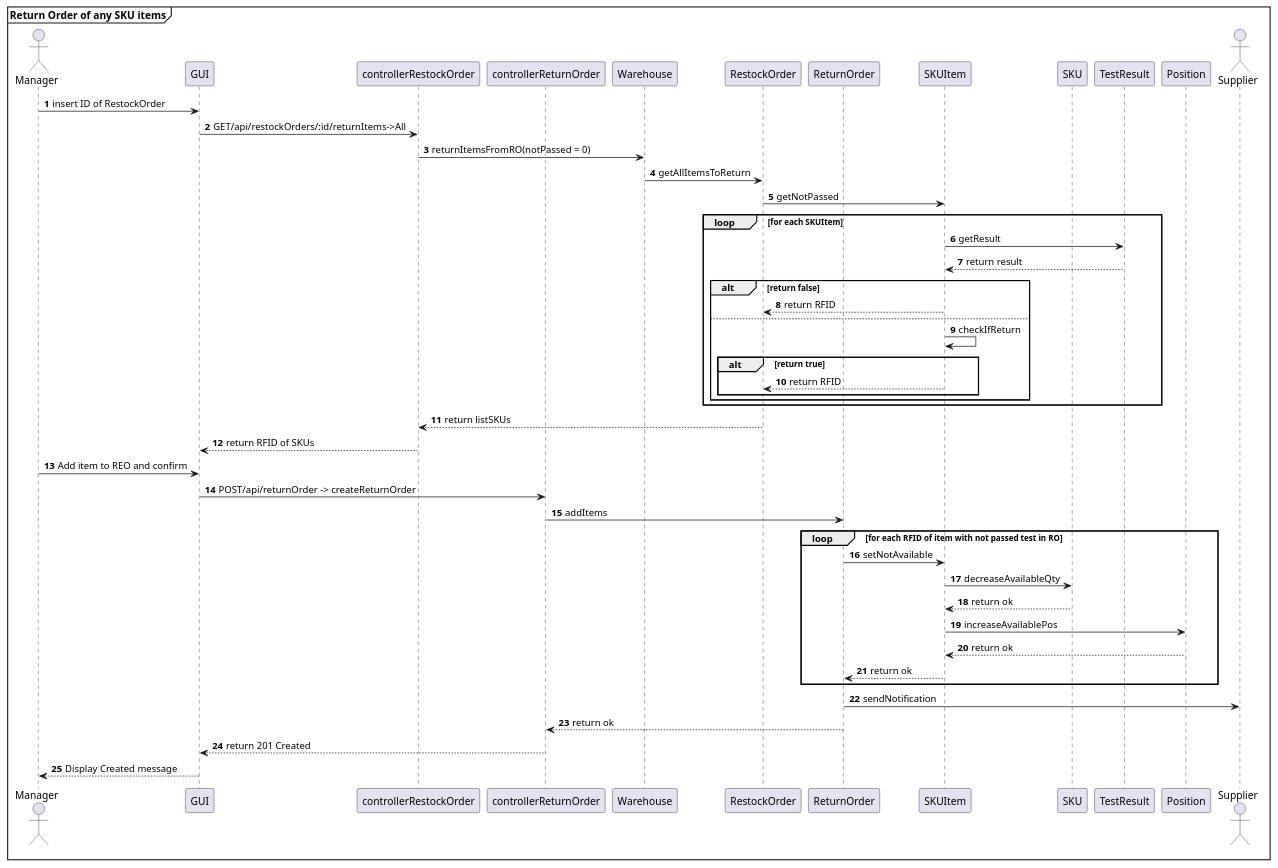
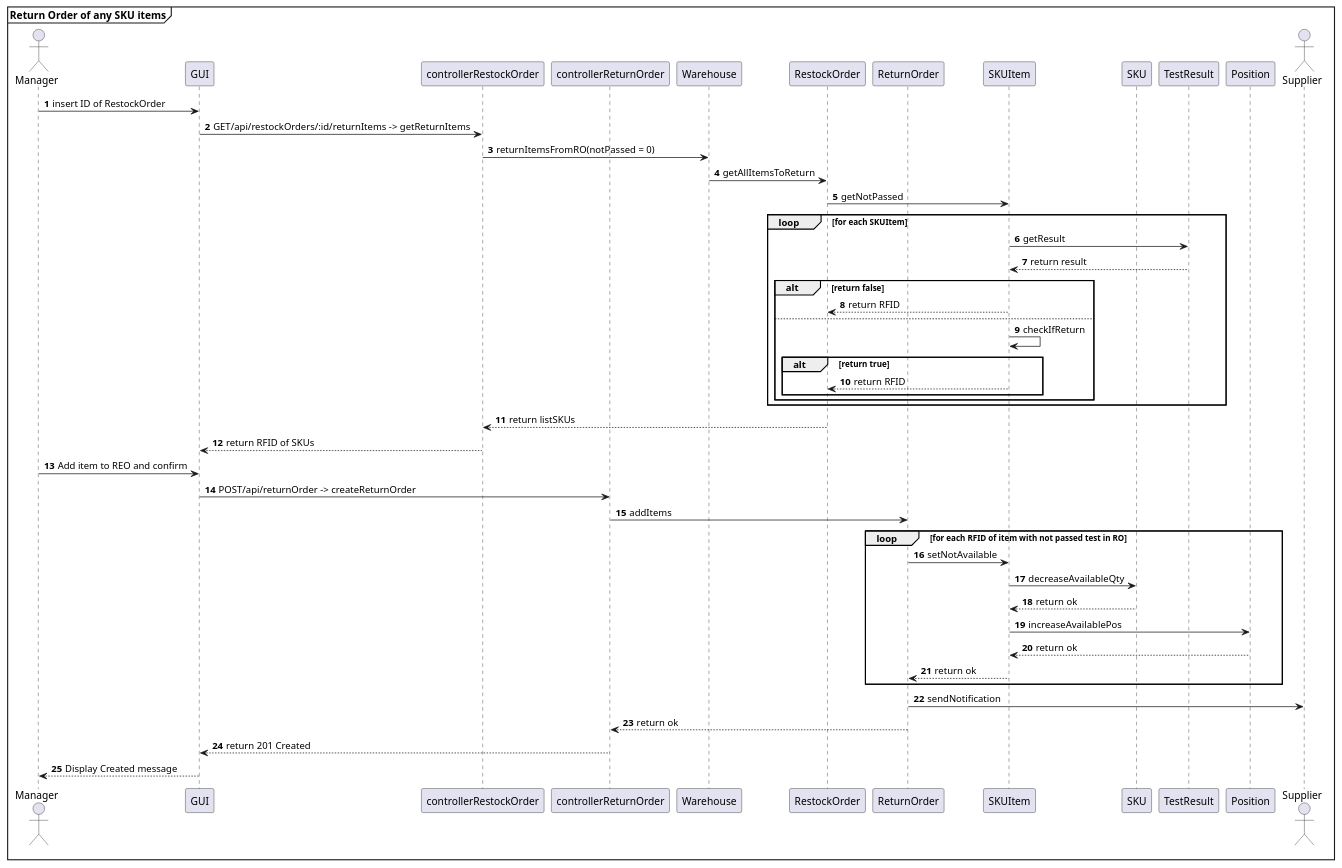
Diagram 21 of 32 in DesignDocument.md (AlexZampa/EzWh), drawn with PlantUML before and after one commit. The commit also changed other lines of this file, not shown here.

````diff
--- a/DesignDocument.md
+++ b/DesignDocument.md
@@ -1030,56 +1036,56 @@
 ```plantuml
 @startuml
 mainframe **Return Order of any SKU items**
 actor Manager 
 participant GUI
 participant controllerRestockOrder
 participant controllerReturnOrder
 participant Warehouse
 participant RestockOrder
 participant ReturnOrder
 participant SKUItem
 participant SKU
 participant TestResult
 participant Position
 actor Supplier
 
 autonumber
 Manager -> GUI : insert ID of RestockOrder
-GUI -> controllerRestockOrder : GET/api/restockOrders/:id/returnItems->All
+GUI -> controllerRestockOrder : GET/api/restockOrders/:id/returnItems -> getReturnItems
 controllerRestockOrder -> Warehouse : returnItemsFromRO(notPassed = 0)
 Warehouse -> RestockOrder : getAllItemsToReturn
 RestockOrder -> SKUItem : getNotPassed
 loop for each SKUItem
   SKUItem -> TestResult : getResult
   SKUItem <-- TestResult : return result
   alt return false
     RestockOrder <-- SKUItem : return RFID
   else 
       SKUItem -> SKUItem : checkIfReturn
         alt return true
           RestockOrder <-- SKUItem : return RFID
         end alt
   end alt
 end loop
 
 RestockOrder --> controllerRestockOrder : return listSKUs
 controllerRestockOrder --> GUI : return RFID of SKUs
 
 Manager -> GUI : Add item to REO and confirm
 GUI -> controllerReturnOrder : POST/api/returnOrder -> createReturnOrder
 controllerReturnOrder -> ReturnOrder : addItems 
 loop for each RFID of item with not passed test in RO
   ReturnOrder -> SKUItem : setNotAvailable
   SKUItem -> SKU : decreaseAvailableQty
   SKUItem <-- SKU : return ok
   SKUItem -> Position : increaseAvailablePos
   SKUItem <-- Position : return ok
   ReturnOrder <-- SKUItem : return ok
 end loop
 ReturnOrder -> Supplier : sendNotification
 ReturnOrder --> controllerReturnOrder : return ok
 controllerReturnOrder --> GUI : return 201 Created
 GUI --> Manager : Display Created message
 @enduml
 
 ```
````
